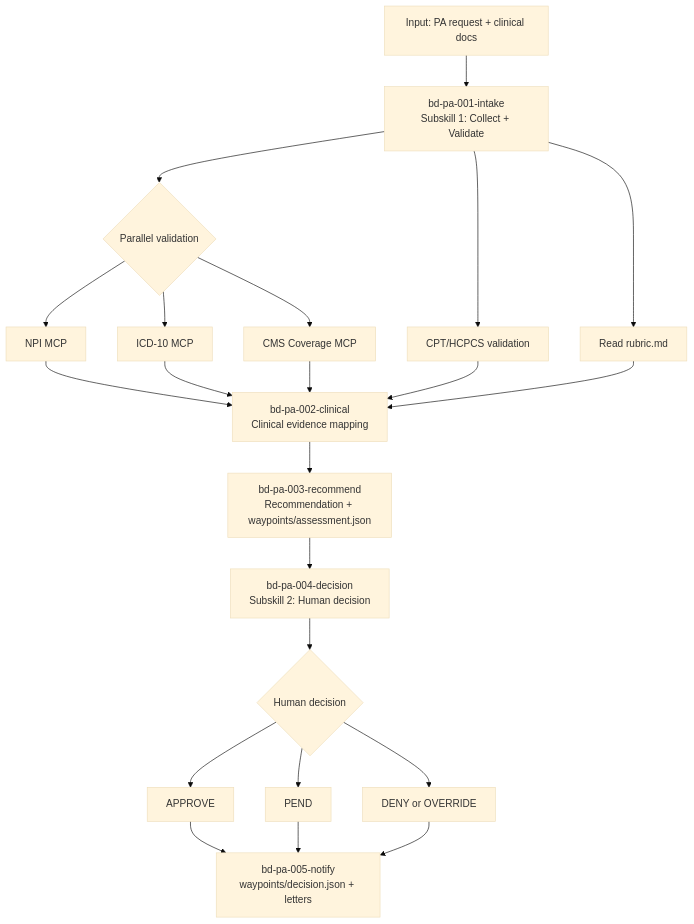
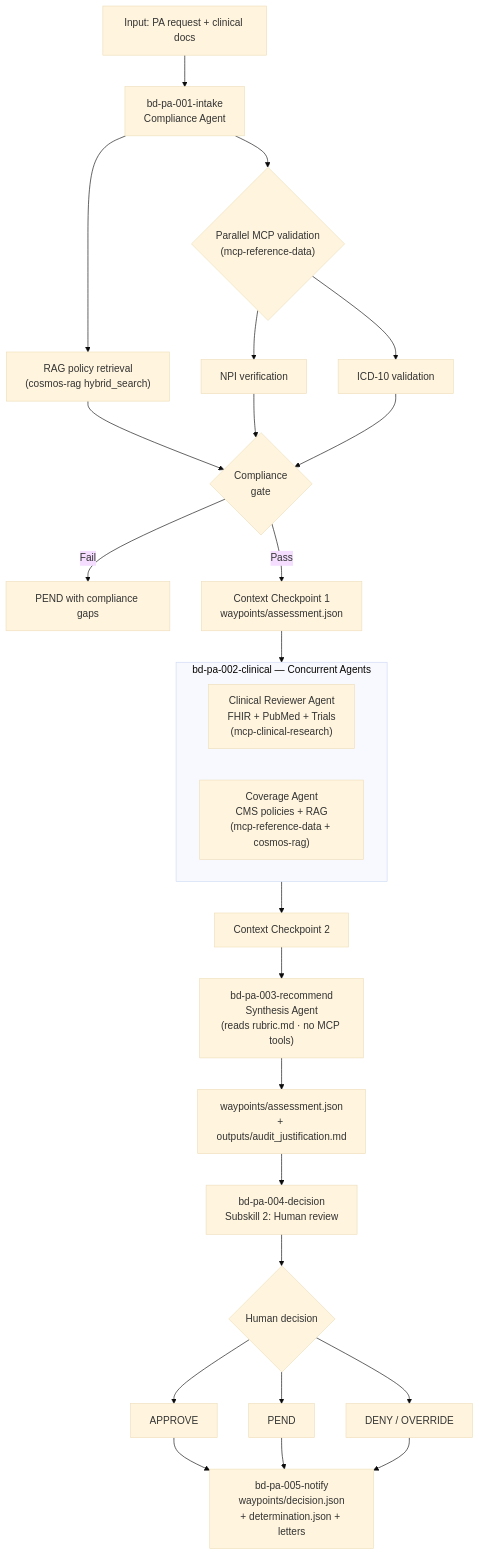
The fourth of 8 diagrams in docs/SKILLS-FLOW-MAP.md (JinLee794/Azure-Healthcare-Marketplace-Demo), drawn with Mermaid (base theme) before and after one commit. The commit also changed other lines of this file and 1 other file, not shown here.

Commit message:
docs: update README and skills flow map to reflect consolidated MCP servers and enhanced agent workflows

````diff
--- a/docs/SKILLS-FLOW-MAP.md
+++ b/docs/SKILLS-FLOW-MAP.md
@@ -67,27 +67,34 @@
 ```mermaid
 flowchart TD
-    A[Input: PA request + clinical docs] --> B["bd-pa-001-intake\nSubskill 1: Collect + Validate"]
-    B --> C{Parallel validation}
+    A[Input: PA request + clinical docs] --> B["bd-pa-001-intake\nCompliance Agent"]
 
-    C --> NPI[NPI MCP]
-    C --> ICD[ICD-10 MCP]
-    C --> CMS[CMS Coverage MCP]
-    B --> CPT[CPT/HCPCS validation]
-    B --> R[Read rubric.md]
+    B --> RAG["RAG policy retrieval\n(cosmos-rag hybrid_search)"]
+    B --> VAL{"Parallel MCP validation\n(mcp-reference-data)"}
+    VAL --> NPI["NPI verification"]
+    VAL --> ICD["ICD-10 validation"]
 
-    NPI --> D["bd-pa-002-clinical\nClinical evidence mapping"]
-    ICD --> D
-    CMS --> D
-    CPT --> D
-    R --> D
+    RAG --> GATE
+    NPI --> GATE
+    ICD --> GATE
+    GATE{"Compliance\ngate"} -->|Fail| PEND_EARLY["PEND with compliance gaps"]
+    GATE -->|Pass| CP1["Context Checkpoint 1\nwaypoints/assessment.json"]
 
-    D --> E["bd-pa-003-recommend\nRecommendation + waypoints/assessment.json"]
-    E --> F["bd-pa-004-decision\nSubskill 2: Human decision"]
+    CP1 --> CONC
+    subgraph CONC["bd-pa-002-clinical — Concurrent Agents"]
+        CR["Clinical Reviewer Agent\nFHIR + PubMed + Trials\n(mcp-clinical-research)"]
+        CA["Coverage Agent\nCMS policies + RAG\n(mcp-reference-data + cosmos-rag)"]
+    end
+
+    CONC --> CP2["Context Checkpoint 2"]
+    CP2 --> E["bd-pa-003-recommend\nSynthesis Agent\n(reads rubric.md · no MCP tools)"]
+    E --> WP["waypoints/assessment.json\n+ outputs/audit_justification.md"]
+
+    WP --> F["bd-pa-004-decision\nSubskill 2: Human review"]
     F --> G{Human decision}
     G --> H[APPROVE]
     G --> I[PEND]
-    G --> J[DENY or OVERRIDE]
-    H --> K["bd-pa-005-notify\nwaypoints/decision.json + letters"]
+    G --> J[DENY / OVERRIDE]
+    H --> K["bd-pa-005-notify\nwaypoints/decision.json\n+ determination.json + letters"]
     I --> K
     J --> K
 ```
````
